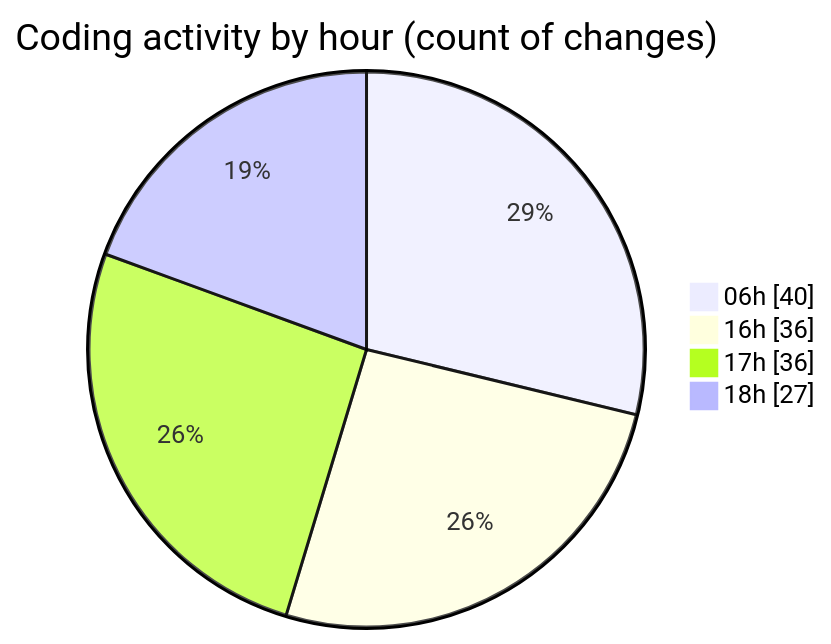
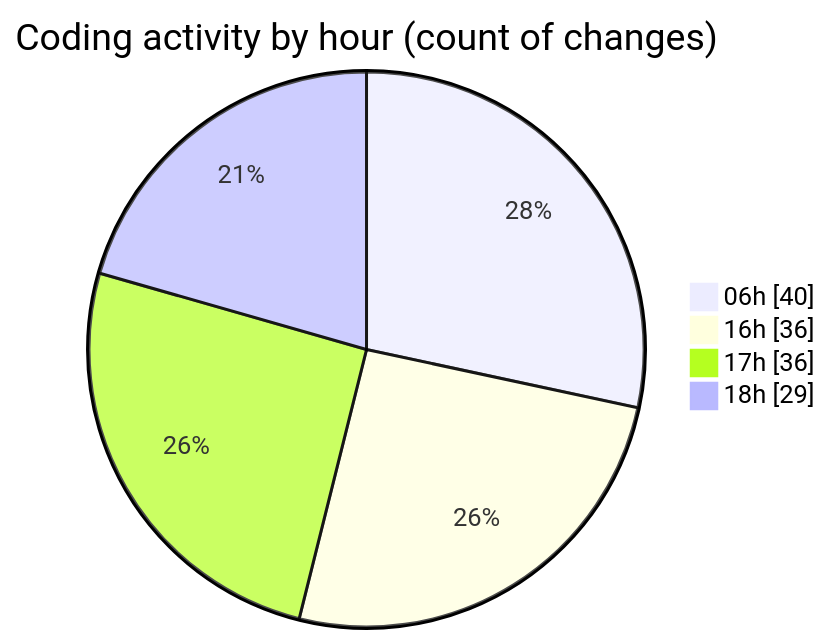
The second of 2 diagrams in 2025-02-25/micros/README.md (charlie-sans/code-tracking), drawn with Mermaid before and after one commit. The commit also changed other lines of this file and 1 other file, not shown here.

````diff
--- a/2025-02-25/micros/README.md
+++ b/2025-02-25/micros/README.md
@@ -74,8 +74,8 @@
 ```mermaid
 pie showData
 title Coding activity by hour (count of changes)
 "06h" : 40
 "16h" : 36
 "17h" : 36
-"18h" : 27
+"18h" : 29
 ```
````
